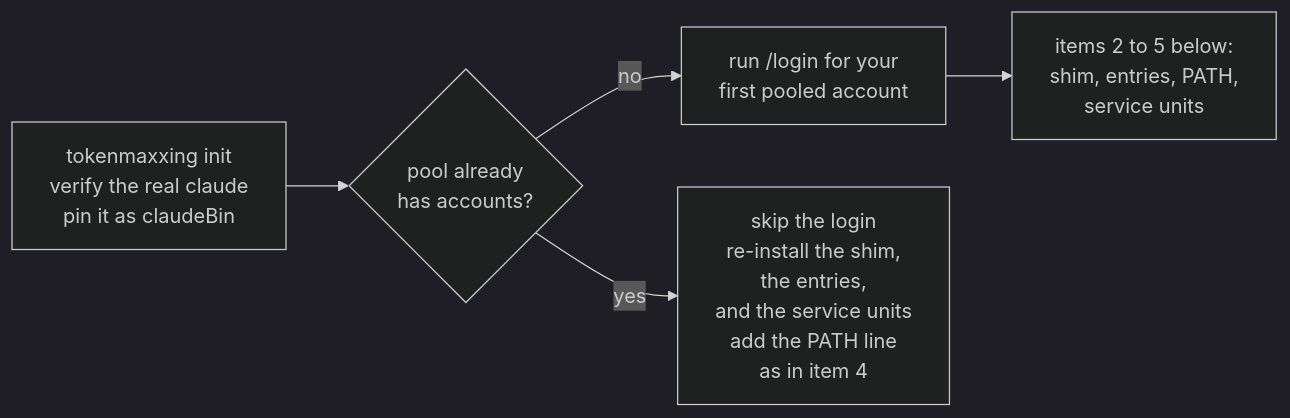
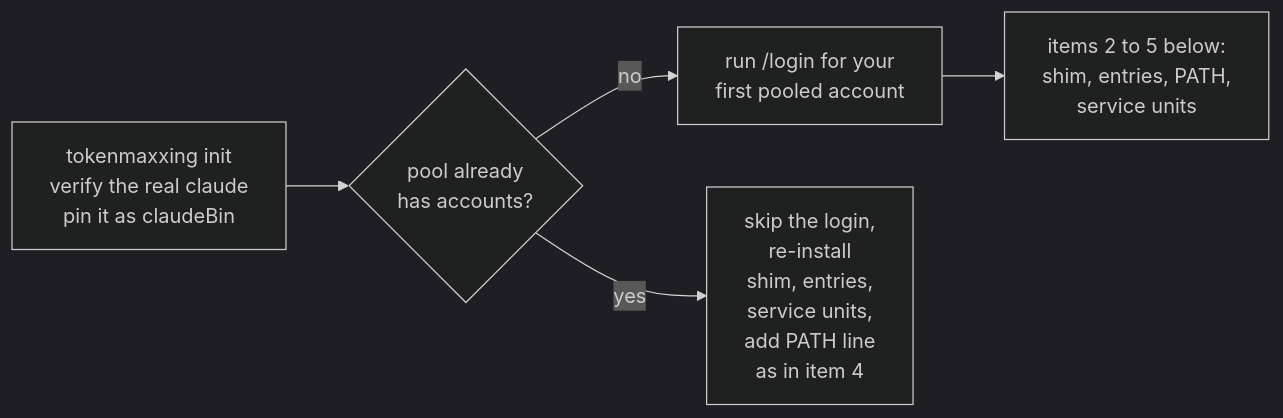
The diagram in docs/content/docs/quickstart.mdx (anaclumos/tokenmaxxing), drawn with Mermaid (dark theme) before and after one commit.

Commit message:
docs: shorten the second-init node of the init diagram
The node wrapped mid-phrase after it gained the PATH line. Its lines now name the shim, entries, service units, and PATH line in the same short form as the first-init branch.

````diff
--- a/docs/content/docs/quickstart.mdx
+++ b/docs/content/docs/quickstart.mdx
@@ -43,7 +43,7 @@
 ```mermaid
 flowchart LR
   init["tokenmaxxing init<br/>verify the real claude<br/>pin it as claudeBin"] --> has{"pool already<br/>has accounts?"}
   has -->|"no"| login["run /login for your<br/>first pooled account"]
   login --> install["items 2 to 5 below:<br/>shim, entries, PATH,<br/>service units"]
-  has -->|"yes"| again["skip the login<br/>re-install the shim,<br/>the entries,<br/>and the service units<br/>add the PATH line<br/>as in item 4"]
+  has -->|"yes"| again["skip the login,<br/>re-install<br/>shim, entries,<br/>service units,<br/>add PATH line<br/>as in item 4"]
 ```
````
